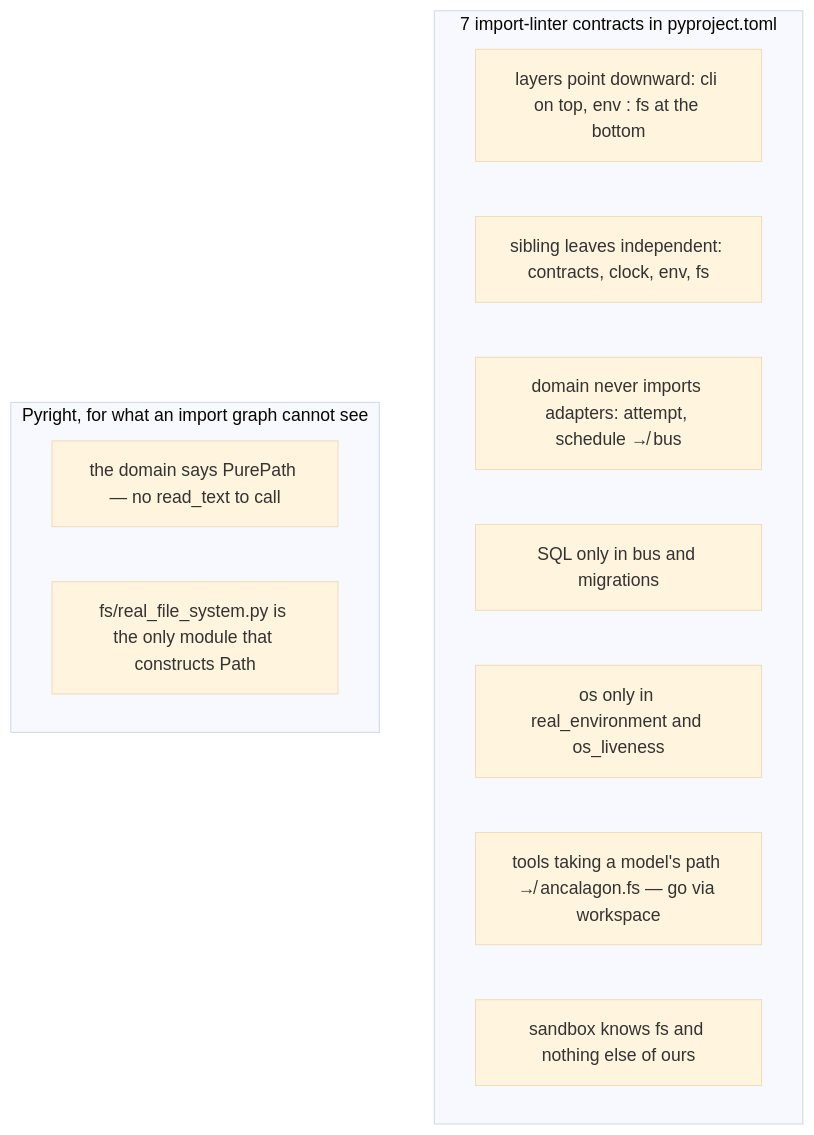
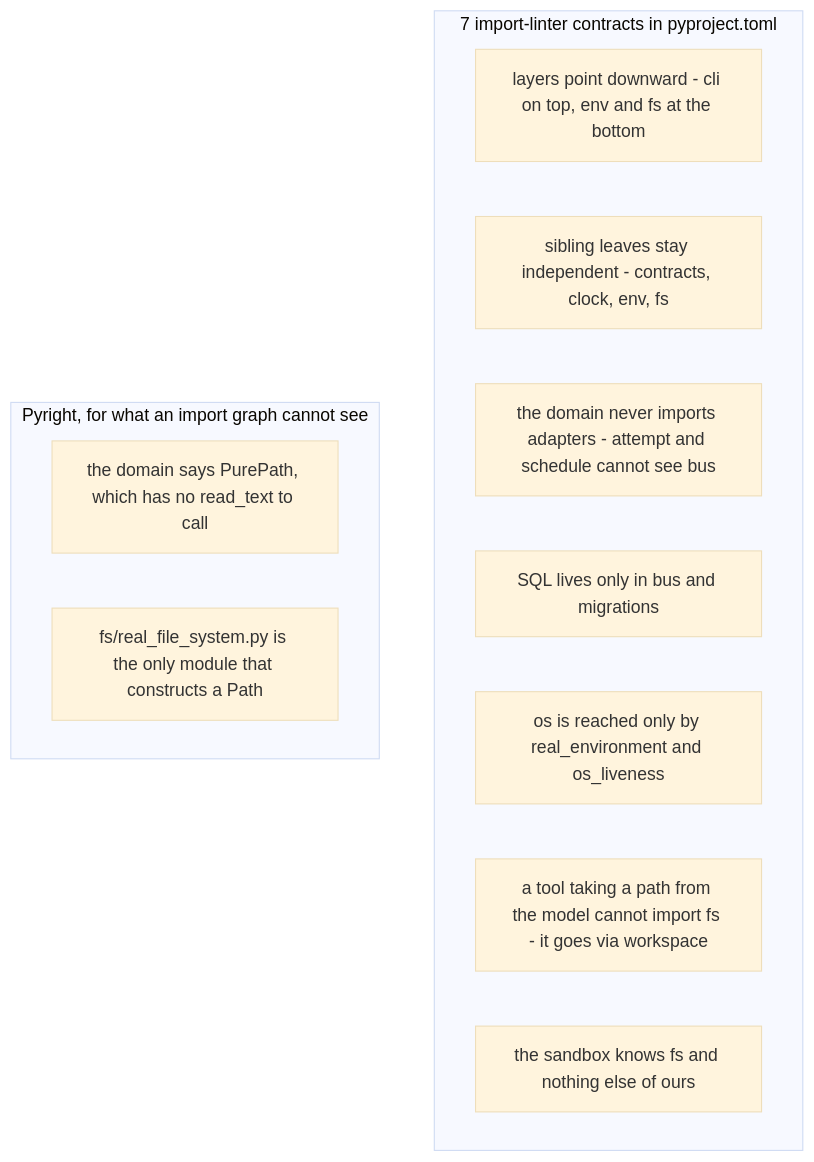
One commit to avishek-sen-gupta/ancalagon changed the seventh of 7 diagrams in README.md. Above: the diagram before and after it, drawn with Mermaid (base theme). The commit also changed other lines of this file, not shown here.

````diff
--- a/README.md
+++ b/README.md
@@ -337,16 +332,16 @@
 ```mermaid
 flowchart TB
     subgraph il["7 import-linter contracts in pyproject.toml"]
-        c1["layers point downward: cli on top, env : fs at the bottom"]
-        c2["sibling leaves independent: contracts, clock, env, fs"]
-        c3["domain never imports adapters: attempt, schedule ↛ bus"]
-        c4["SQL only in bus and migrations"]
-        c5["os only in real_environment and os_liveness"]
-        c6["tools taking a model's path ↛ ancalagon.fs — go via workspace"]
-        c7["sandbox knows fs and nothing else of ours"]
+        c1["layers point downward - cli on top, env and fs at the bottom"]
+        c2["sibling leaves stay independent - contracts, clock, env, fs"]
+        c3["the domain never imports adapters - attempt and schedule cannot see bus"]
+        c4["SQL lives only in bus and migrations"]
+        c5["os is reached only by real_environment and os_liveness"]
+        c6["a tool taking a path from the model cannot import fs - it goes via workspace"]
+        c7["the sandbox knows fs and nothing else of ours"]
     end
     subgraph py["Pyright, for what an import graph cannot see"]
-        p1["the domain says PurePath — no read_text to call"]
-        p2["fs/real_file_system.py is the only module that constructs Path"]
+        p1["the domain says PurePath, which has no read_text to call"]
+        p2["fs/real_file_system.py is the only module that constructs a Path"]
     end
 ```
````
